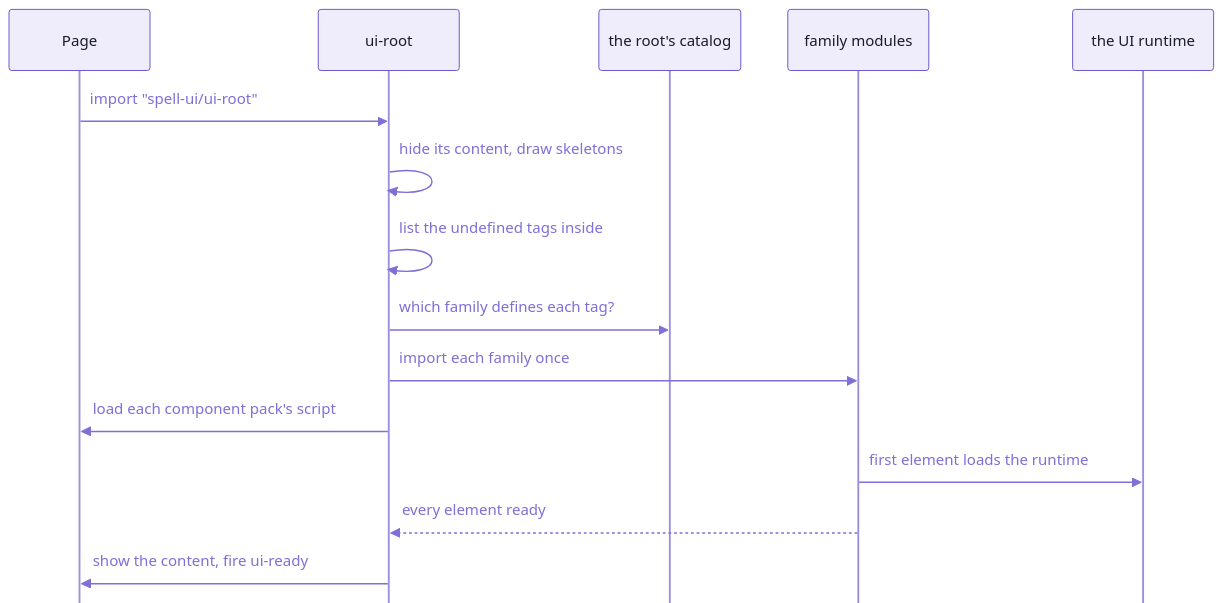
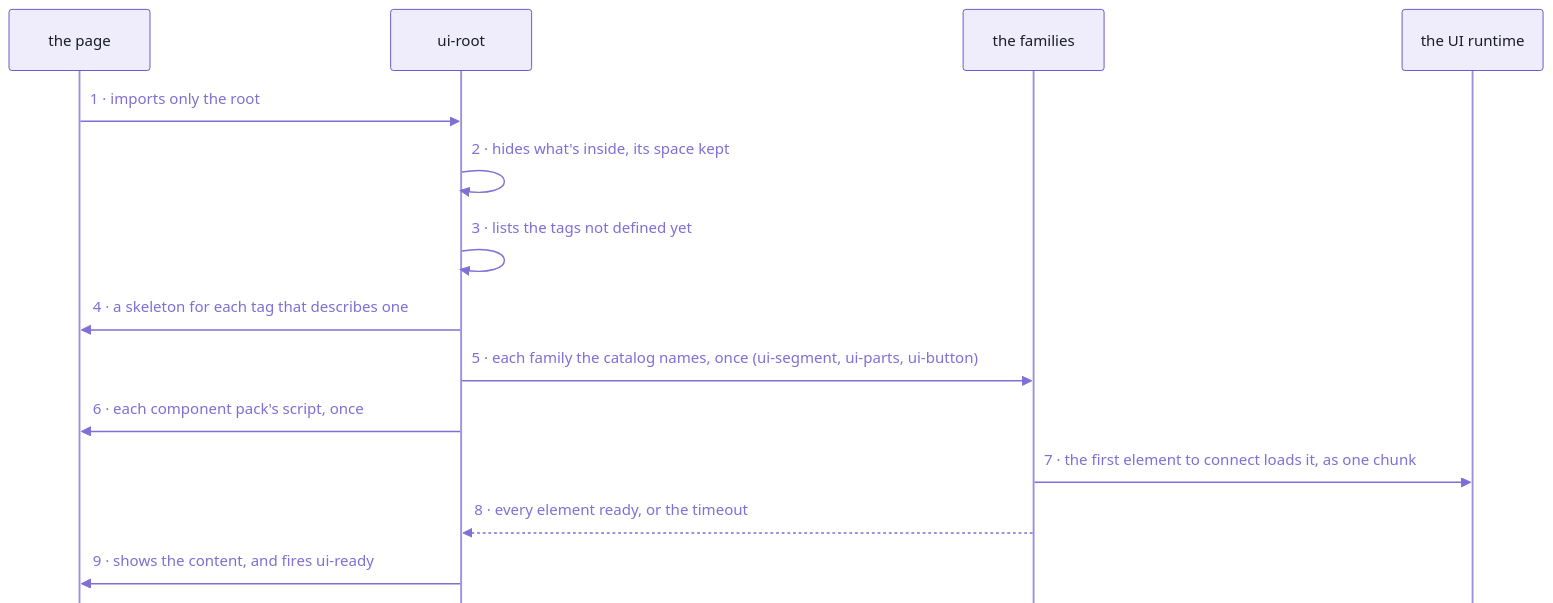
Before and after one commit to spell-app/spell: the diagram in ui/README.md, drawn with Mermaid. The commit also changed other lines of this file and 9 other files, not shown here.

````diff
--- a/ui/README.md
+++ b/ui/README.md
@@ -24,18 +111,17 @@
 ```mermaid
 %%{init: {"theme":"base","themeVariables":{"fontFamily":"-apple-system, BlinkMacSystemFont, Segoe UI, Helvetica, Arial, sans-serif","fontSize":"15px","primaryColor":"#EFECFB","primaryBorderColor":"#6550CA","primaryTextColor":"#1A1C27","secondaryColor":"#F4F1E9","tertiaryColor":"#F7F6FC","lineColor":"#7F6FD6","textColor":"#7F6FD6","clusterBkg":"#F7F6FC","clusterBorder":"#B9B0E8","titleColor":"#1A1C27","edgeLabelBackground":"#F7F6FC","actorBkg":"#EFECFB","actorBorder":"#6550CA","actorTextColor":"#1A1C27","actorLineColor":"#9C90DE","signalColor":"#7F6FD6","signalTextColor":"#7F6FD6","labelBoxBkgColor":"#EFECFB","labelBoxBorderColor":"#6550CA","labelTextColor":"#1A1C27","loopTextColor":"#7F6FD6","noteBkgColor":"#F1E7D4","noteBorderColor":"#C9B48A","noteTextColor":"#1A1C27","activationBkgColor":"#DCD6F7","activationBorderColor":"#6550CA","sequenceNumberColor":"#FFFFFF"},"sequence":{"mirrorActors":false,"messageAlign":"left","noteAlign":"left"}}}%%
 sequenceDiagram
-  participant Page
-  participant Root as ui-root
-  participant Catalog as the root's catalog
-  participant Families as family modules
-  participant UI as the UI runtime
-  Page->>Root: import "spell-ui/ui-root"
-  Root->>Root: hide its content, draw skeletons
-  Root->>Root: list the undefined tags inside
-  Root->>Catalog: which family defines each tag?
-  Root->>Families: import each family once
-  Root->>Page: load each component pack's script
-  Families->>UI: first element loads the runtime
-  Families-->>Root: every element ready
-  Root->>Page: show the content, fire ui-ready
+  participant page as the page
+  participant root as ui-root
+  participant families as the families
+  participant runtime as the UI runtime
+  page->>root: 1 · imports only the root
+  root->>root: 2 · hides what's inside, its space kept
+  root->>root: 3 · lists the tags not defined yet
+  root->>page: 4 · a skeleton for each tag that describes one
+  root->>families: 5 · each family the catalog names, once (ui-segment, ui-parts, ui-button)
+  root->>page: 6 · each component pack's script, once
+  families->>runtime: 7 · the first element to connect loads it, as one chunk
+  families-->>root: 8 · every element ready, or the timeout
+  root->>page: 9 · shows the content, and fires ui-ready
 ```
````
